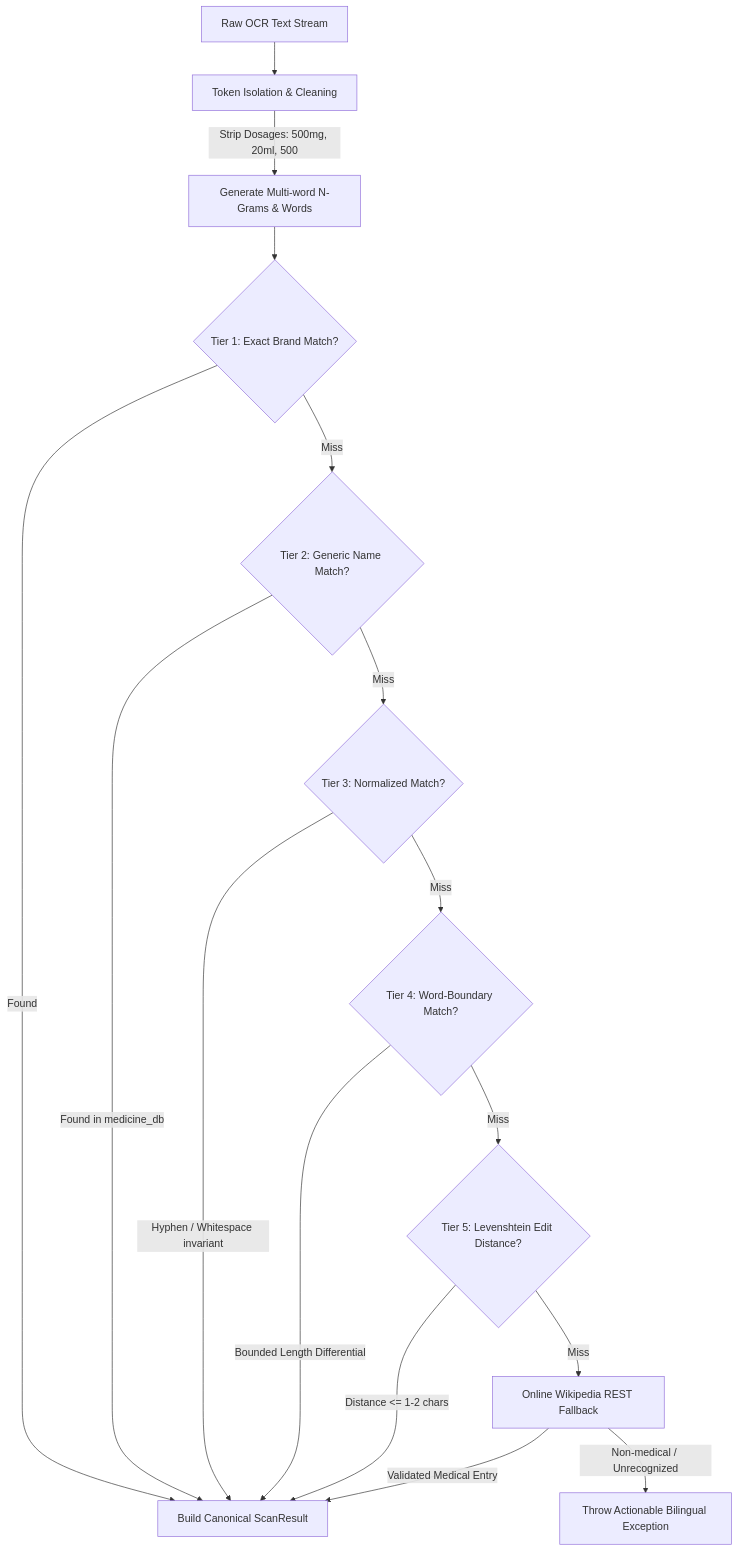
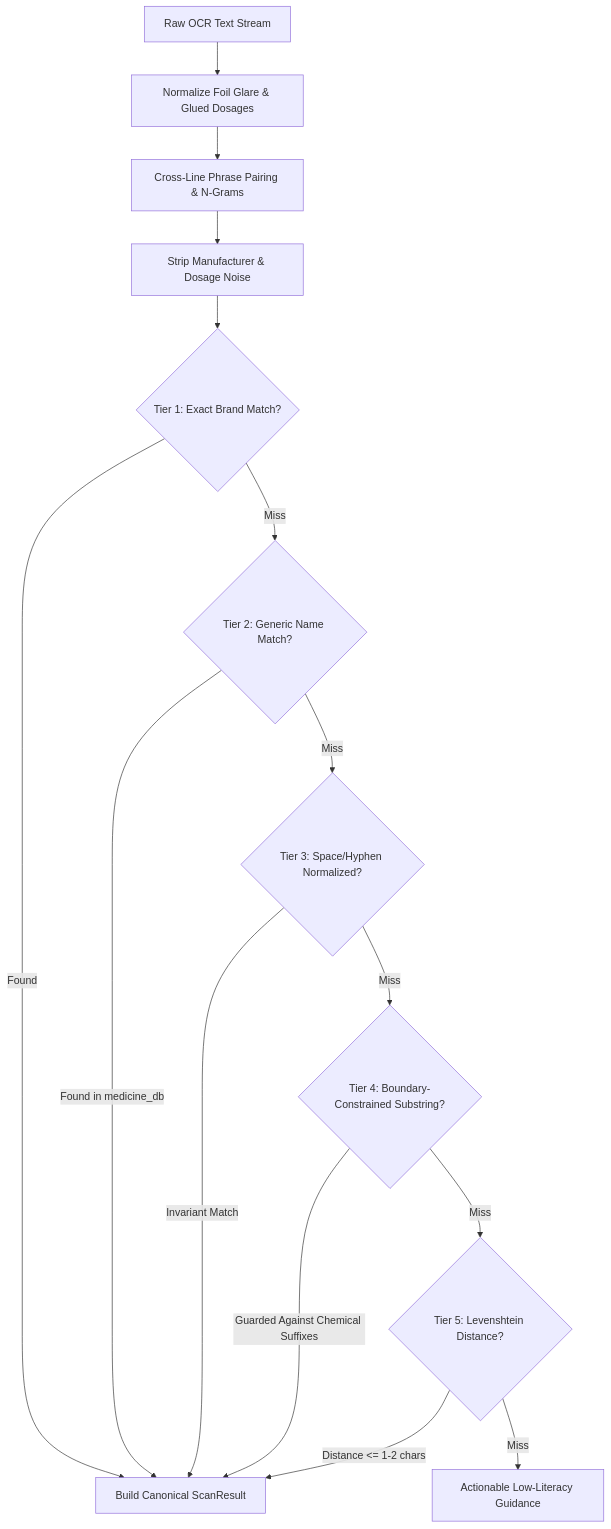
Before and after one commit to meawsin/ki_oushodh: the diagram in README.md, drawn with Mermaid. The commit also changed other lines of this file and 14 other files, not shown here.

Commit message:
Enhance blister pack OCR heuristics, low-literacy Bengali TTS, and release build configuration

````diff
--- a/README.md
+++ b/README.md
@@ -109,24 +110,23 @@
 ```mermaid
 flowchart TD
-    Raw[Raw OCR Text Stream] --> Preprocess[Token Isolation & Cleaning]
-    Preprocess -->|Strip Dosages: 500mg, 20ml, 500| CandidateGen[Generate Multi-word N-Grams & Words]
+    Raw[Raw OCR Text Stream] --> GlareFix[Normalize Foil Glare & Glued Dosages]
+    GlareFix --> LinePair[Cross-Line Phrase Pairing & N-Grams]
+    LinePair --> Filter[Strip Manufacturer & Dosage Noise]
     
-    CandidateGen --> T1{Tier 1: Exact Brand Match?}
+    Filter --> T1{Tier 1: Exact Brand Match?}
     T1 -->|Found| Result[Build Canonical ScanResult]
     
     T1 -->|Miss| T2{Tier 2: Generic Name Match?}
     T2 -->|Found in medicine_db| Result
     
-    T2 -->|Miss| T3{Tier 3: Normalized Match?}
-    T3 -->|Hyphen / Whitespace invariant| Result
+    T2 -->|Miss| T3{Tier 3: Space/Hyphen Normalized?}
+    T3 -->|Invariant Match| Result
     
-    T3 -->|Miss| T4{Tier 4: Word-Boundary Match?}
-    T4 -->|Bounded Length Differential| Result
+    T3 -->|Miss| T4{Tier 4: Boundary-Constrained Substring?}
+    T4 -->|Guarded Against Chemical Suffixes| Result
     
-    T4 -->|Miss| T5{Tier 5: Levenshtein Edit Distance?}
+    T4 -->|Miss| T5{Tier 5: Levenshtein Distance?}
     T5 -->|Distance <= 1-2 chars| Result
     
-    T5 -->|Miss| Wiki[Online Wikipedia REST Fallback]
-    Wiki -->|Validated Medical Entry| Result
-    Wiki -->|Non-medical / Unrecognized| Error[Throw Actionable Bilingual Exception]
+    T5 -->|Miss| Fallback[Actionable Low-Literacy Guidance]
 ```
````
